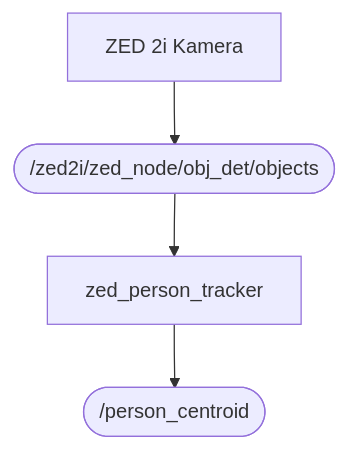
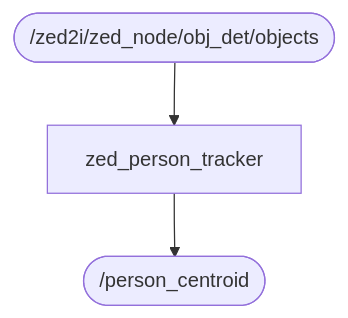
Before and after one commit to RenhongLiu/iodraw-files: the diagram in all/未命名-1.md, drawn with Mermaid.

Commit message:
2025-07-26 16:41:13 update

````diff
--- a/all/未命名-1.md
+++ b/all/未命名-1.md
@@ -1,7 +1,7 @@
 ```mermaid
 graph TD
-    A[ZED 2i Kamera] --> B(["/zed2i/zed_node/obj_det/objects"])
+    B(["/zed2i/zed_node/obj_det/objects"])
     B --> C[zed_person_tracker]
     C --> D(["/person_centroid"])
 
 ```
````
